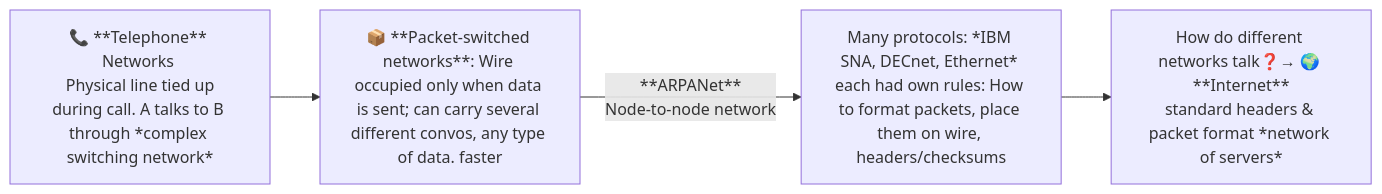
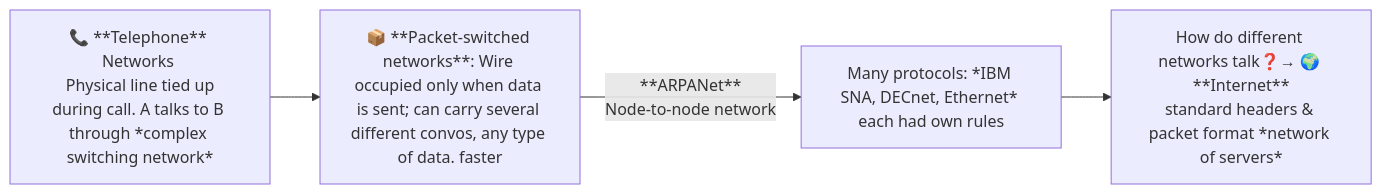
One commit to 24f2007780/MAD1TAs-book changed the first of 2 diagrams in docs/appdev-I-theory/1-network-history-TCP.md. Above: the diagram before and after it, drawn with Mermaid. The commit also changed other lines of this file and 10 other files, not shown here.

````diff
--- a/docs/appdev-I-theory/1-network-history-TCP.md
+++ b/docs/appdev-I-theory/1-network-history-TCP.md
@@ -2,11 +2,11 @@
 ```mermaid
 flowchart LR
     %% --- TOP BLOCK: Networking History & Protocols ---
     A["📞 **Telephone** Networks <br> Physical line tied up during call. A talks to B through *complex switching network*"]
     B["📦 **Packet-switched networks**: Wire occupied only when data is sent; can carry several different convos, any type of data. faster"]
-    proto["Many protocols: *IBM SNA, DECnet, Ethernet* each had own rules: How to format packets, place them on wire, headers/checksums"]
+    proto["Many protocols: *IBM SNA, DECnet, Ethernet* each had own rules"]
     C["How do different networks talk❓→ 🌍 **Internet**<br>standard headers & packet format *network of servers*"]
 
     A --> B --"**ARPANet**<br>Node-to-node network"--> proto  --> C
 
 ```
````
